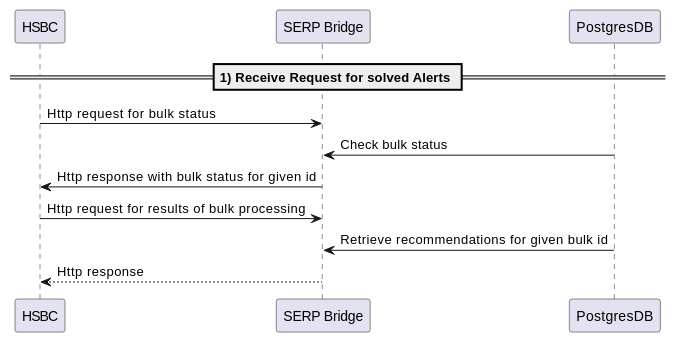
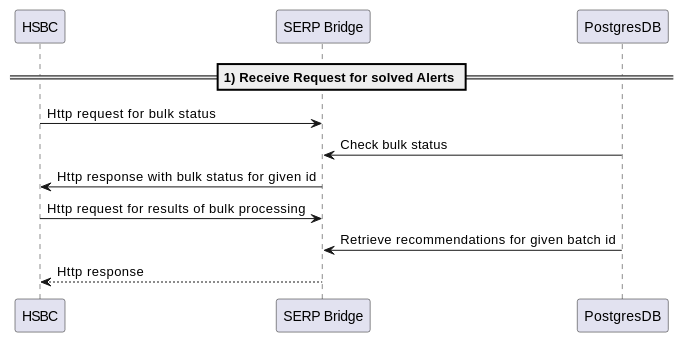
The diagram in modules/hsbc-bridge/docs/diagrams/request-for-solved-alerts.adoc (ngraczykowski/iris-root), drawn with PlantUML before and after one commit. The commit also changed 23 other files, not shown here.

```diff
--- a/modules/hsbc-bridge/docs/diagrams/request-for-solved-alerts.adoc
+++ b/modules/hsbc-bridge/docs/diagrams/request-for-solved-alerts.adoc
@@ -1,17 +1,17 @@
 [plantuml,importing-steps,svg]
 -----
 @startuml
 participant HSBC
 participant "SERP Bridge"
 
 participant PostgresDB
 == **1) Receive Request for solved Alerts** ==
 HSBC -> "SERP Bridge": Http request for bulk status
 "SERP Bridge" <- PostgresDB: Check bulk status
 HSBC <- "SERP Bridge": Http response with bulk status for given id
 
 HSBC -> "SERP Bridge": Http request for results of bulk processing
-"SERP Bridge" <- PostgresDB: Retrieve recommendations for given bulk id
+"SERP Bridge" <- PostgresDB: Retrieve recommendations for given batch id
 "SERP Bridge" --> HSBC: Http response
 @enduml
 -----
```
